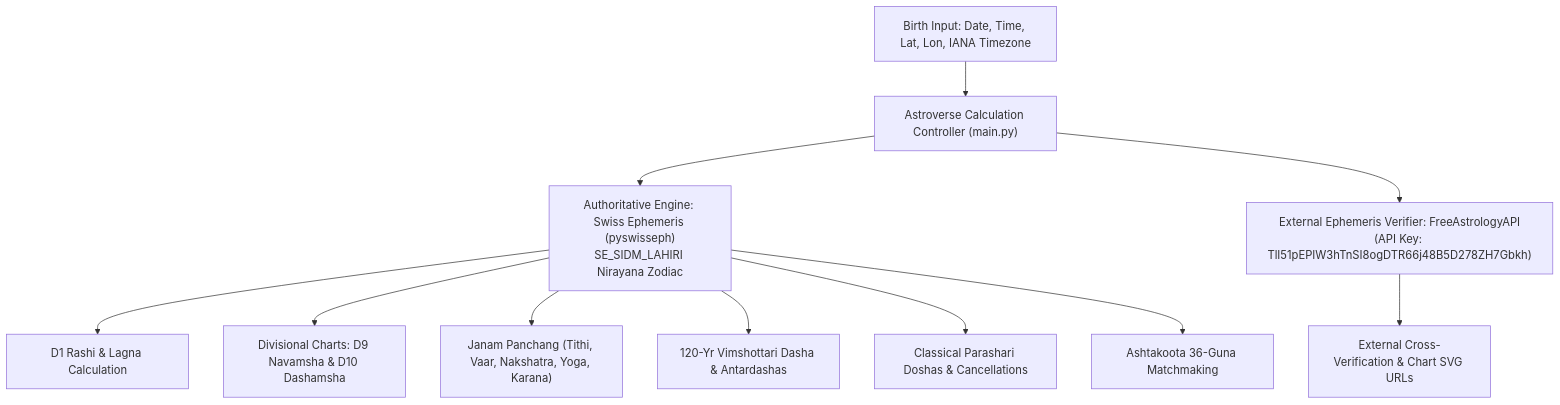
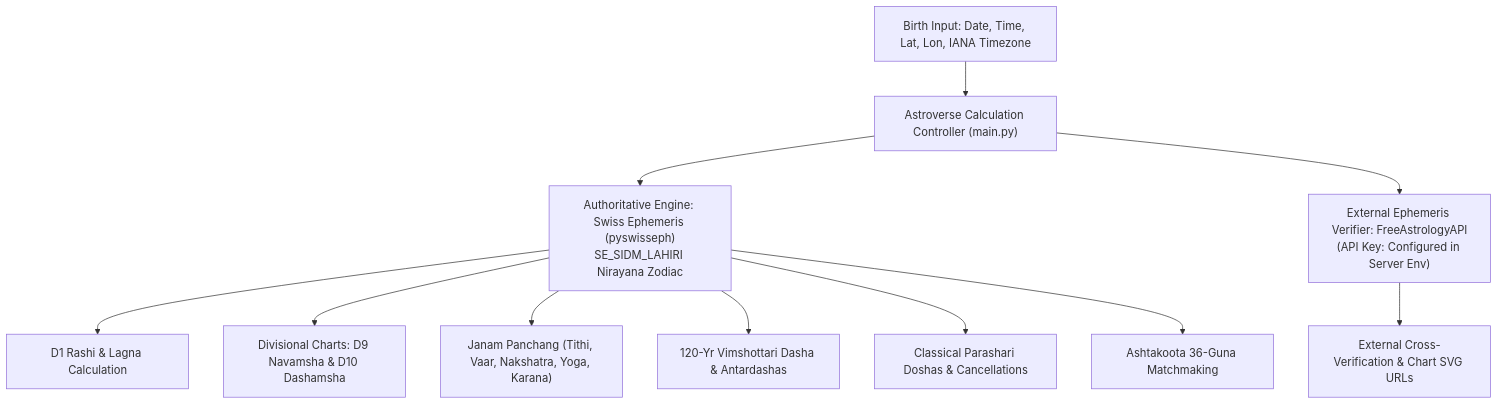
Before and after one commit to knowledgeispower1715-sketch/astroverse: the diagram in docs/ASTROLOGY_ENGINE.md, drawn with Mermaid. The commit also changed other lines of this file and 16 other files, not shown here.

````diff
--- a/docs/ASTROLOGY_ENGINE.md
+++ b/docs/ASTROLOGY_ENGINE.md
@@ -7,16 +7,16 @@
 ```mermaid
 flowchart TD
     Request["Birth Input: Date, Time, Lat, Lon, IANA Timezone"] --> Engine["Astroverse Calculation Controller (main.py)"]
     
     Engine --> SwissEph["Authoritative Engine: Swiss Ephemeris (pyswisseph)<br/>SE_SIDM_LAHIRI Nirayana Zodiac"]
-    Engine --> FreeAstro["External Ephemeris Verifier: FreeAstrologyAPI<br/>(API Key: TlI51pEPIW3hTnSI8ogDTR66j48B5D278ZH7Gbkh)"]
+    Engine --> FreeAstro["External Ephemeris Verifier: FreeAstrologyAPI<br/>(API Key: Configured in Server Env)"]
     
     SwissEph --> D1["D1 Rashi & Lagna Calculation"]
     SwissEph --> Vargas["Divisional Charts: D9 Navamsha & D10 Dashamsha"]
     SwissEph --> Panchang["Janam Panchang (Tithi, Vaar, Nakshatra, Yoga, Karana)"]
     SwissEph --> Dasha["120-Yr Vimshottari Dasha & Antardashas"]
     SwissEph --> Doshas["Classical Parashari Doshas & Cancellations"]
     SwissEph --> Milan["Ashtakoota 36-Guna Matchmaking"]
     
     FreeAstro --> ExtVerification["External Cross-Verification & Chart SVG URLs"]
 ```
````
